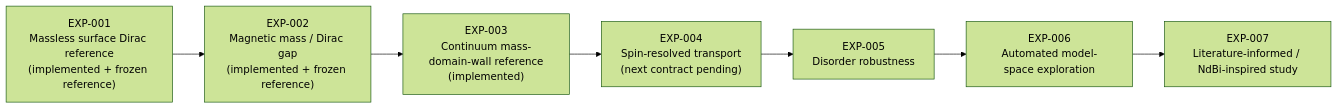
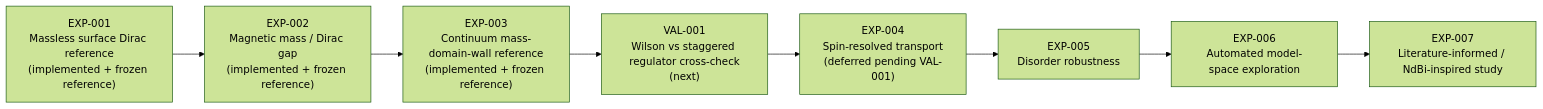
The second of 2 diagrams in README.md (hopeless-t/topological-spin-lab), drawn with Mermaid (forest theme) before and after one commit. The commit also changed other lines of this file and 3 other files, not shown here.

First line of the commit message:
research: freeze VAL-001 regulator cross-check plan

````diff
--- a/README.md
+++ b/README.md
@@ -355,12 +354,13 @@
 ```mermaid
 flowchart LR
     E1["EXP-001<br/>Massless surface Dirac reference<br/>(implemented + frozen reference)"]
     E2["EXP-002<br/>Magnetic mass / Dirac gap<br/>(implemented + frozen reference)"]
-    E3["EXP-003<br/>Continuum mass-domain-wall reference<br/>(implemented)"]
-    E4["EXP-004<br/>Spin-resolved transport<br/>(next contract pending)"]
+    E3["EXP-003<br/>Continuum mass-domain-wall reference<br/>(implemented + frozen reference)"]
+    V1["VAL-001<br/>Wilson vs staggered regulator cross-check<br/>(next)"]
+    E4["EXP-004<br/>Spin-resolved transport<br/>(deferred pending VAL-001)"]
     E5["EXP-005<br/>Disorder robustness"]
     E6["EXP-006<br/>Automated model-space exploration"]
     E7["EXP-007<br/>Literature-informed / NdBi-inspired study"]
 
-    E1 --> E2 --> E3 --> E4 --> E5 --> E6 --> E7
+    E1 --> E2 --> E3 --> V1 --> E4 --> E5 --> E6 --> E7
 ```
````
